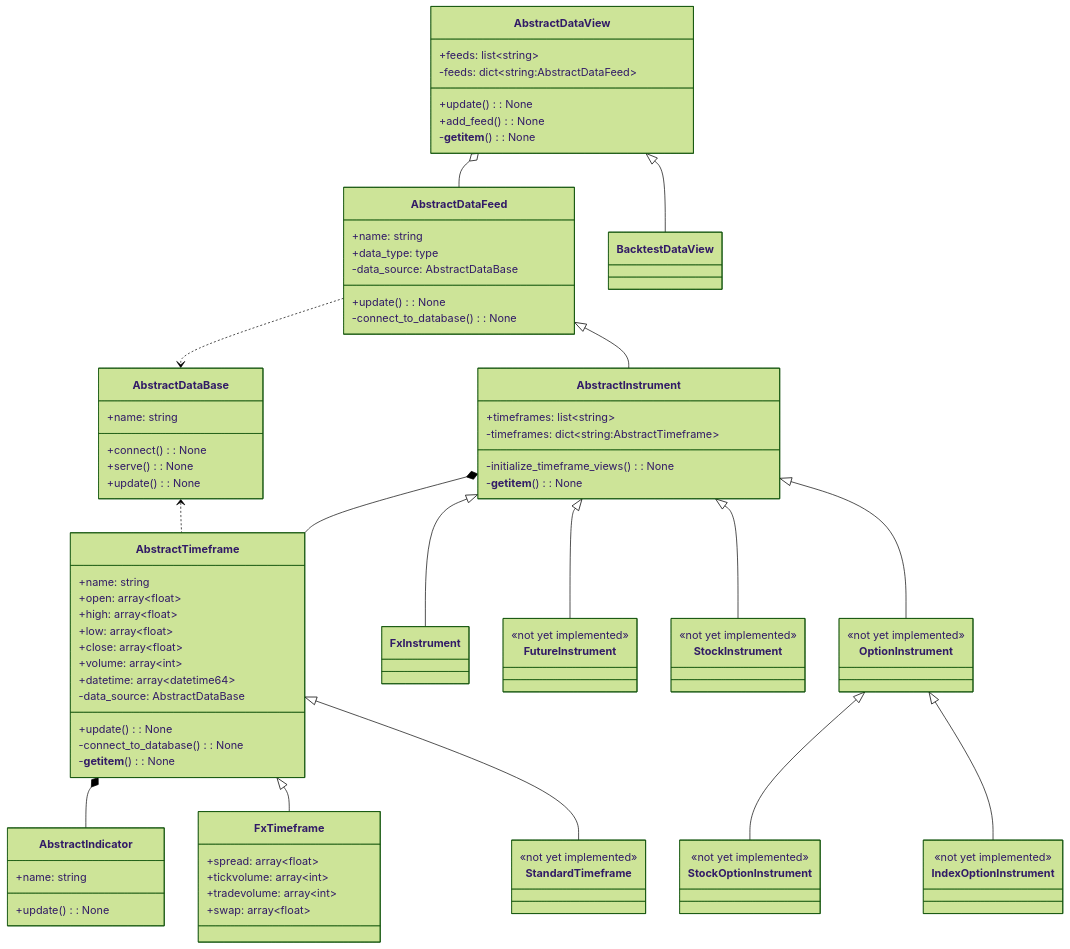
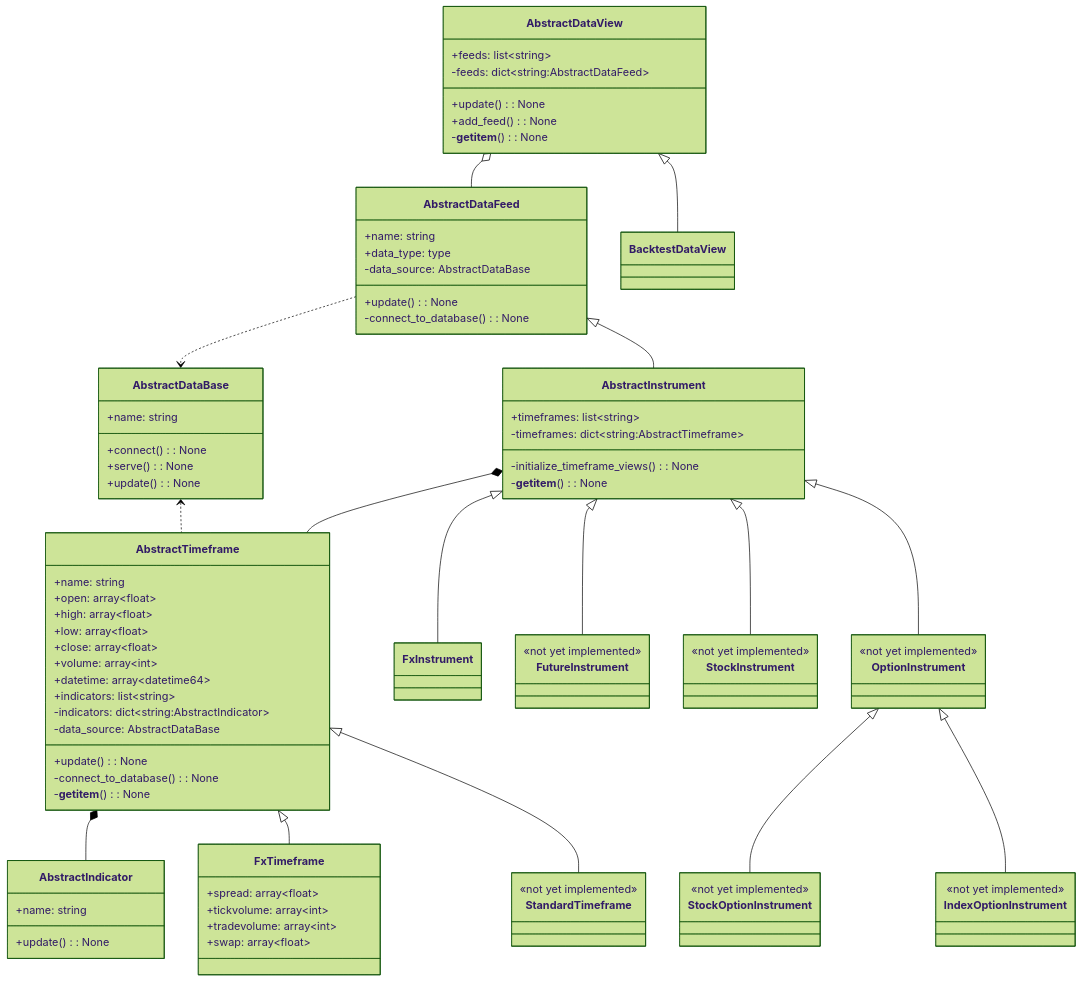
Before and after one commit to ryancardenas/marketresearch: the fifth of 5 diagrams in README.md, drawn with Mermaid (forest theme).

Commit message:
Add indicators attribute to AbstractTimeframe in README.md

````diff
--- a/README.md
+++ b/README.md
@@ -108,6 +108,8 @@
         +close: array~float~ 
         +volume: array~int~
         +datetime: array~datetime64~
+        +indicators: list~string~
+        -indicators: dict~string:AbstractIndicator~
         -data_source: AbstractDataBase
         +update(): None
         -connect_to_database(): None
@@ -181,4 +183,5 @@
     AbstractTimeframe <|-- FxTimeframe
     AbstractTimeframe <|-- StandardTimeframe
 
+
 ```
````
